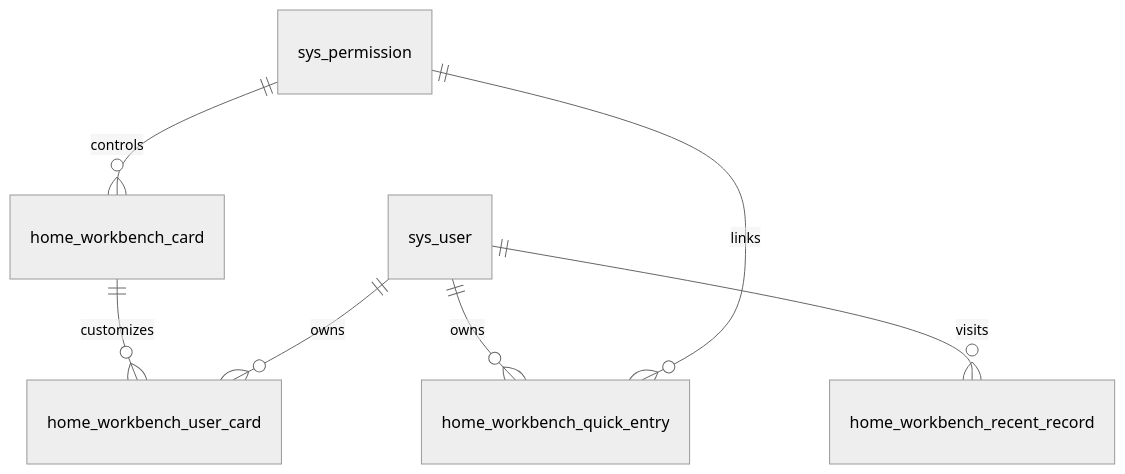
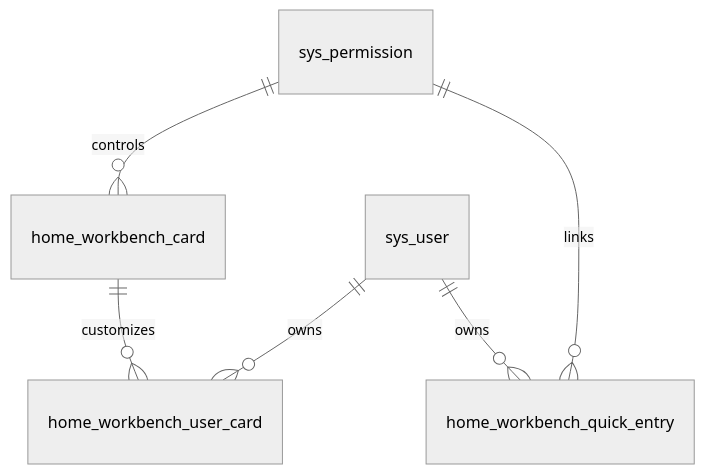
Before and after one commit to waztyzdj/law-office: the fourth of 5 diagrams in docs/03-database/table-relations.md, drawn with Mermaid (neutral theme). The commit also changed other lines of this file and 24 other files, not shown here.

````diff
--- a/docs/03-database/table-relations.md
+++ b/docs/03-database/table-relations.md
@@ -36,9 +36,8 @@
 ```mermaid
 erDiagram
   sys_permission ||--o{ home_workbench_card : controls
   home_workbench_card ||--o{ home_workbench_user_card : customizes
   sys_user ||--o{ home_workbench_user_card : owns
   sys_user ||--o{ home_workbench_quick_entry : owns
   sys_permission ||--o{ home_workbench_quick_entry : links
-  sys_user ||--o{ home_workbench_recent_record : visits
 ```
````
